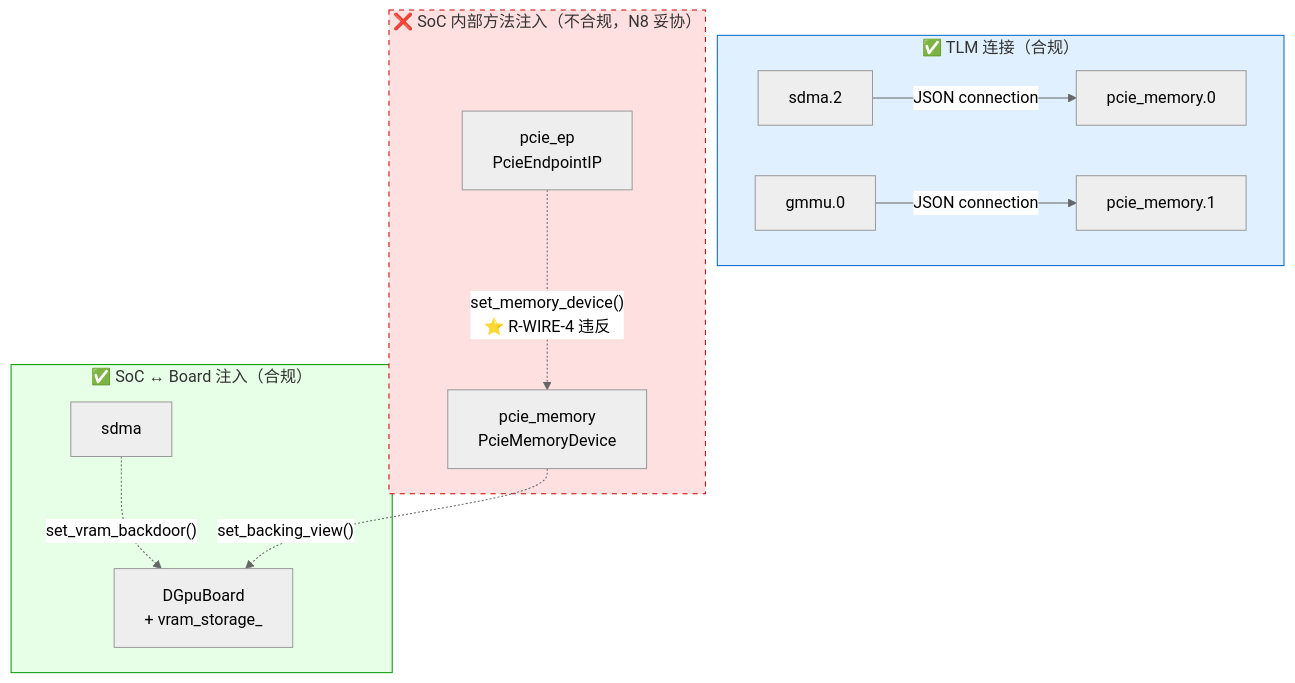
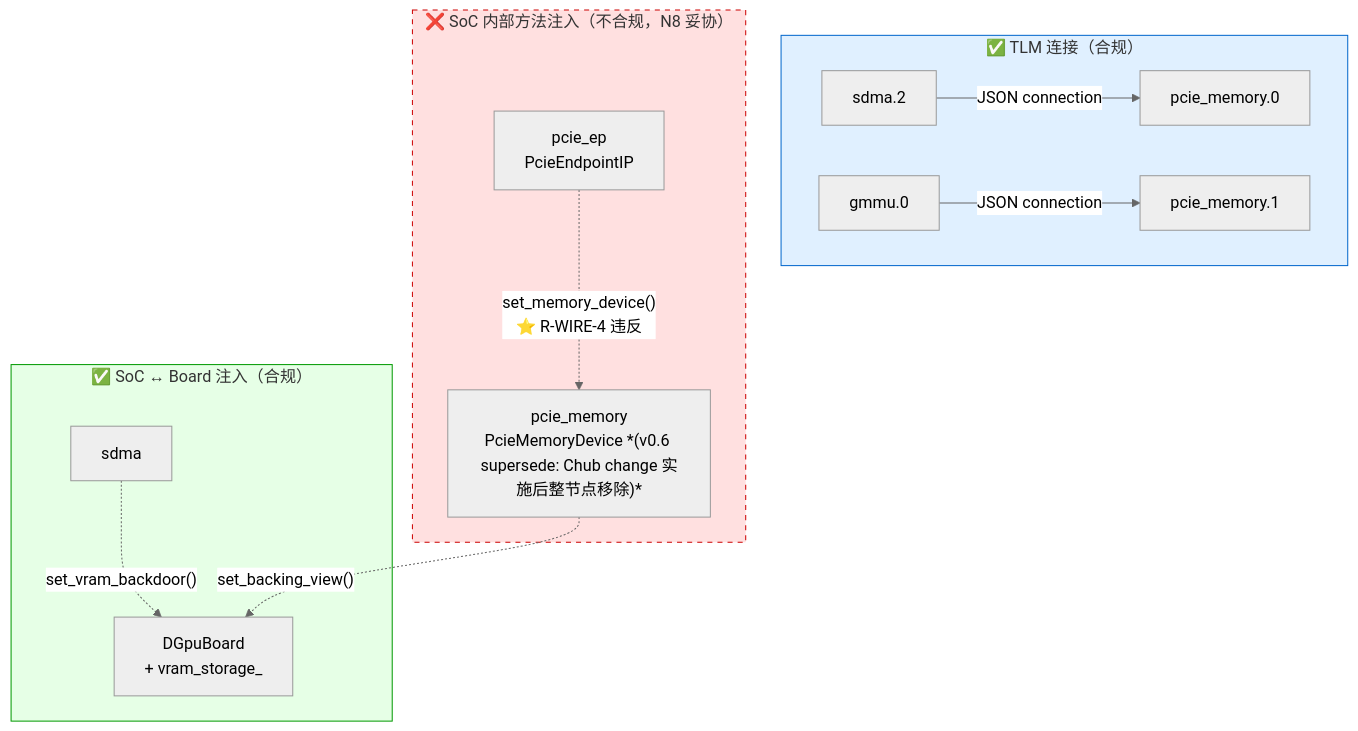
Before and after one commit to chisuhua/CppTLM: the first of 2 diagrams in docs/designs/dgpu-soc/soc-internal-tlm-design-target.md, drawn with Mermaid (neutral theme). The commit also changed other lines of this file and 3 other files, not shown here.

````diff
--- a/docs/designs/dgpu-soc/soc-internal-tlm-design-target.md
+++ b/docs/designs/dgpu-soc/soc-internal-tlm-design-target.md
@@ -103,24 +105,24 @@
 ```mermaid
 graph TB
     subgraph TLM_OK["✅ TLM 连接（合规）"]
         SDMA2["sdma.2"] -->|JSON connection| PMem0["pcie_memory.0"]
         GMMU0["gmmu.0"] -->|JSON connection| PMem1["pcie_memory.1"]
     end
 
     subgraph INJECT_BAD["❌ SoC 内部方法注入（不合规，N8 妥协）"]
         Ep["pcie_ep<br/>PcieEndpointIP"]
-        Pmem["pcie_memory<br/>PcieMemoryDevice"]
+        Pmem["pcie_memory<br/>PcieMemoryDevice *(v0.6 supersede: Chub change 实施后整节点移除)*"]
         Ep -.->|"set_memory_device()<br/>⭐ R-WIRE-4 违反"| Pmem
     end
 
     subgraph INJECT_OK["✅ SoC ↔ Board 注入（合规）"]
         Sdma["sdma"]
         Board["DGpuBoard<br/>+ vram_storage_"]
         Sdma -.->|"set_vram_backdoor()"| Board
         Pmem -.->|"set_backing_view()"| Board
     end
 
     style INJECT_BAD fill:#ffe0e0,stroke:#cc0000,stroke-dasharray:5 5
     style INJECT_OK fill:#e6ffe6,stroke:#009900
     style TLM_OK fill:#e0f0ff,stroke:#0066cc
 ```
````
